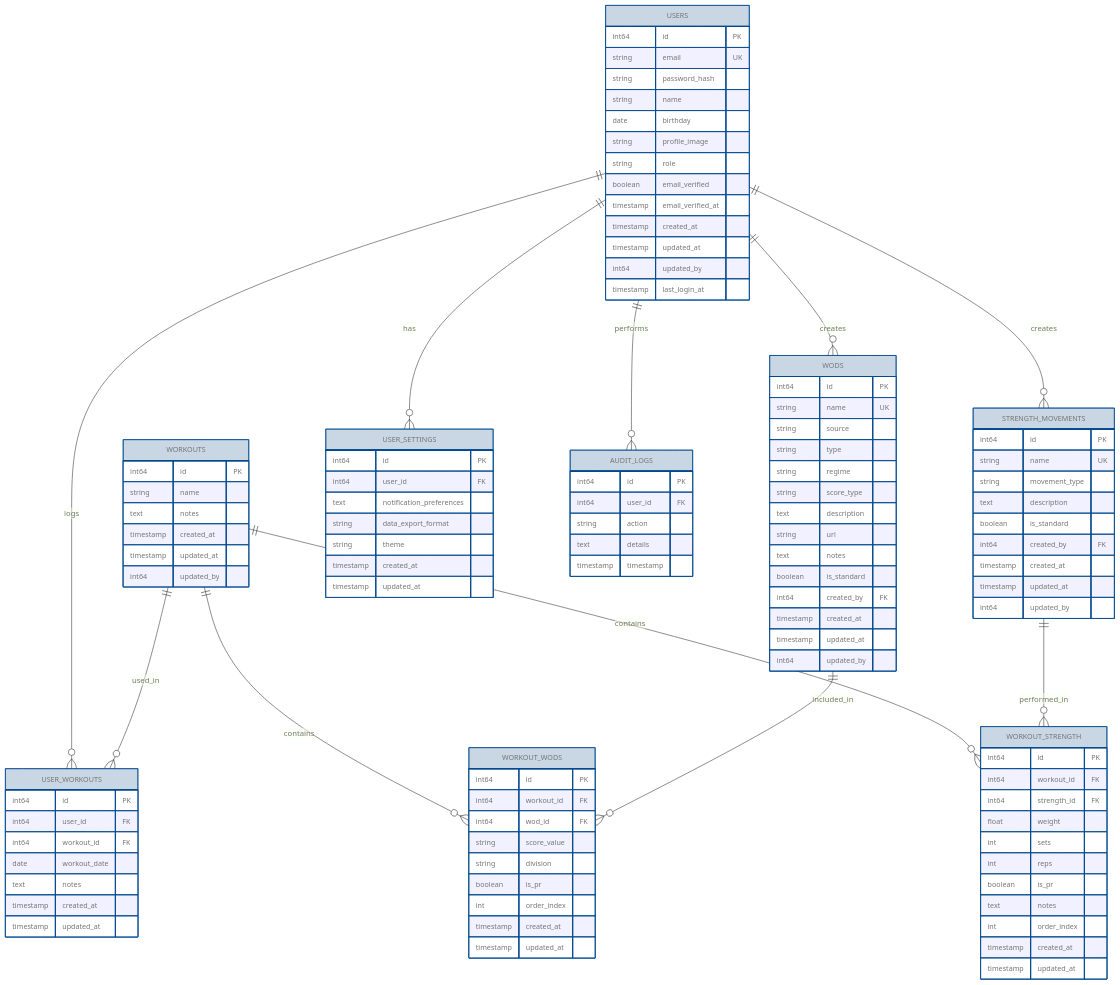
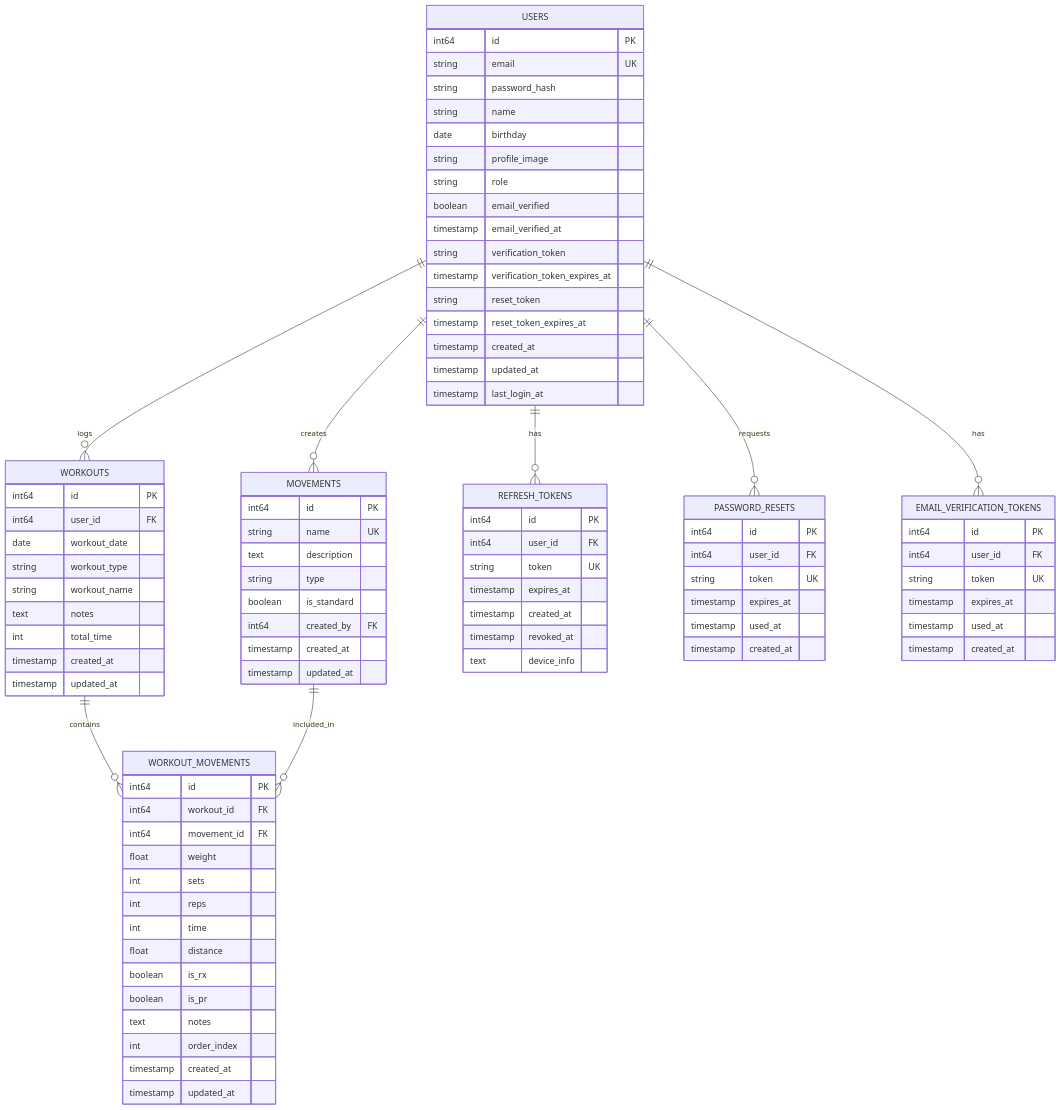
One commit to johnzastrow/actalog changed the diagram in docs/DATABASE_SCHEMA.md. Above: the diagram before and after it, drawn with Mermaid. The commit also changed other lines of this file, not shown here.

First line of the commit message:
docs: Update DATABASE_SCHEMA.md to reflect actual v0.3.3 implementation

````diff
--- a/docs/DATABASE_SCHEMA.md
+++ b/docs/DATABASE_SCHEMA.md
@@ -20,38 +17,13 @@
 ```mermaid
-%%{init:
-{
-  "theme": "default",
-  "themeVariables": {
-    "nodeBorder" : "#004990",
-    "mainBkg" : "#c9d7e4",
-    "actorBkg" : "#01A6F0",
-    "signalColor" : "#F34F1C",
-    "textColor" : "#747474",
-    "loopTextColor" : "#C7C7C7",
-    "labelTextColor" : "#C7C7C7",
-    "labelBoxBorderColor" : "#7FBC00",
-    "labelBoxBkgColor" : "#7FBC00",
-    "noteBkgColor" : "#FFBA01",
-    "noteBorderColor": "#FFBA01",
-    "fontFamily": "Inter",
-    "fontSize": "13px"
- }
-}
-}%%
+erDiagram
+    USERS ||--o{ WORKOUTS : logs
+    USERS ||--o{ MOVEMENTS : creates
+    USERS ||--o{ REFRESH_TOKENS : has
+    USERS ||--o{ PASSWORD_RESETS : requests
+    USERS ||--o{ EMAIL_VERIFICATION_TOKENS : has
 
-erDiagram
-    USERS ||--o{ USER_WORKOUTS : logs
-    USERS ||--o{ WODS : creates
-    USERS ||--o{ STRENGTH_MOVEMENTS : creates
-    USERS ||--o{ USER_SETTINGS : has
-    USERS ||--o{ AUDIT_LOGS : performs
-
-    WORKOUTS ||--o{ USER_WORKOUTS : used_in
-    WORKOUTS ||--o{ WORKOUT_WODS : contains
-    WORKOUTS ||--o{ WORKOUT_STRENGTH : contains
-
-    WODS ||--o{ WORKOUT_WODS : included_in
-    STRENGTH_MOVEMENTS ||--o{ WORKOUT_STRENGTH : performed_in
+    WORKOUTS ||--o{ WORKOUT_MOVEMENTS : contains
+    MOVEMENTS ||--o{ WORKOUT_MOVEMENTS : included_in
 
     USERS {
         int64 id PK
@@ -63,79 +35,48 @@
         string role
         boolean email_verified
         timestamp email_verified_at
+        string verification_token
+        timestamp verification_token_expires_at
+        string reset_token
+        timestamp reset_token_expires_at
         timestamp created_at
         timestamp updated_at
-        int64 updated_by
         timestamp last_login_at
     }
 
     WORKOUTS {
         int64 id PK
-        string name
+        int64 user_id FK
+        date workout_date
+        string workout_type
+        string workout_name
         text notes
+        int total_time
         timestamp created_at
         timestamp updated_at
-        int64 updated_by
     }
 
-    WODS {
+    MOVEMENTS {
         int64 id PK
         string name UK
-        string source
+        text description
         string type
-        string regime
-        string score_type
-        text description
-        string url
-        text notes
         boolean is_standard
         int64 created_by FK
         timestamp created_at
         timestamp updated_at
-        int64 updated_by
     }
 
-    STRENGTH_MOVEMENTS {
-        int64 id PK
-        string name UK
-        string movement_type
-        text description
-        boolean is_standard
-        int64 created_by FK
-        timestamp created_at
-        timestamp updated_at
-        int64 updated_by
-    }
-
-    USER_WORKOUTS {
-        int64 id PK
-        int64 user_id FK
-        int64 workout_id FK
-        date workout_date
-        text notes
-        timestamp created_at
-        timestamp updated_at
-    }
-
-    WORKOUT_WODS {
+    WORKOUT_MOVEMENTS {
         int64 id PK
         int64 workout_id FK
-        int64 wod_id FK
-        string score_value
-        string division
-        boolean is_pr
-        int order_index
-        timestamp created_at
-        timestamp updated_at
-    }
-
-    WORKOUT_STRENGTH {
-        int64 id PK
-        int64 workout_id FK
-        int64 strength_id FK
+        int64 movement_id FK
         float weight
         int sets
         int reps
+        int time
+        float distance
+        boolean is_rx
         boolean is_pr
         text notes
         int order_index
@@ -143,21 +84,31 @@
         timestamp updated_at
     }
 
-    USER_SETTINGS {
+    REFRESH_TOKENS {
         int64 id PK
         int64 user_id FK
-        text notification_preferences
-        string data_export_format
-        string theme
+        string token UK
+        timestamp expires_at
         timestamp created_at
-        timestamp updated_at
+        timestamp revoked_at
+        text device_info
     }
 
-    AUDIT_LOGS {
+    PASSWORD_RESETS {
         int64 id PK
         int64 user_id FK
-        string action
-        text details
-        timestamp timestamp
+        string token UK
+        timestamp expires_at
+        timestamp used_at
+        timestamp created_at
+    }
+
+    EMAIL_VERIFICATION_TOKENS {
+        int64 id PK
+        int64 user_id FK
+        string token UK
+        timestamp expires_at
+        timestamp used_at
+        timestamp created_at
     }
 ```
````
